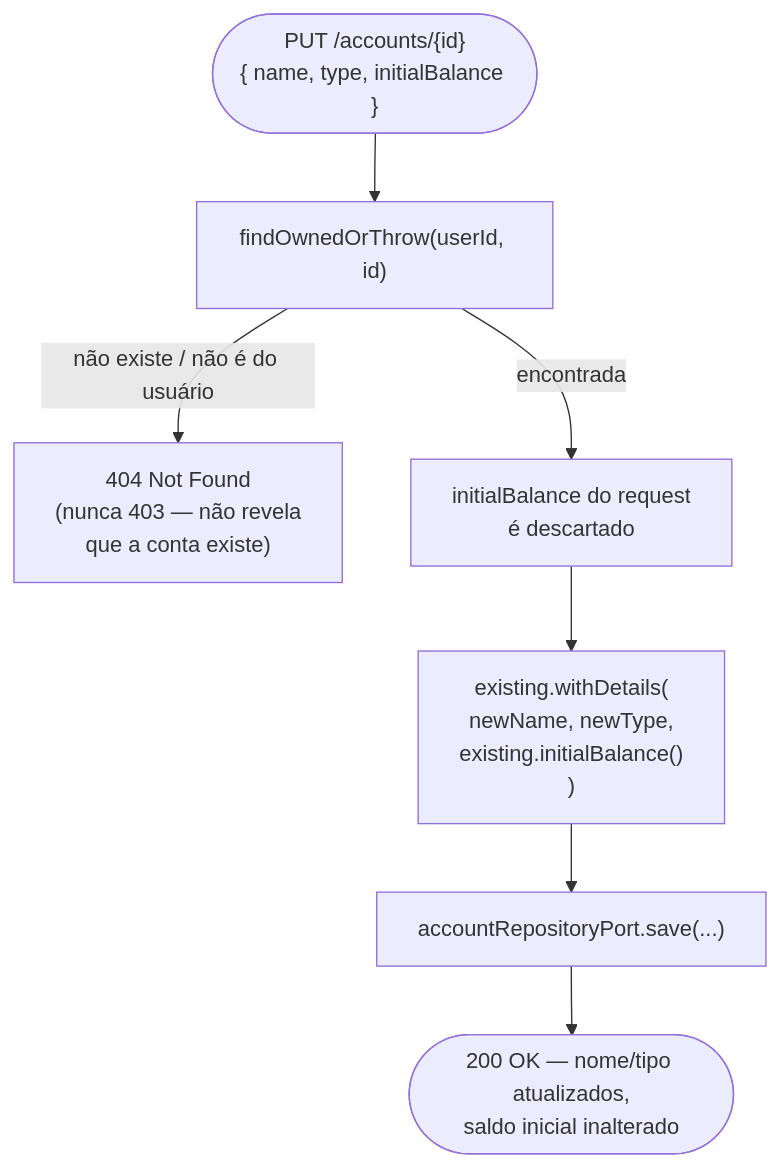
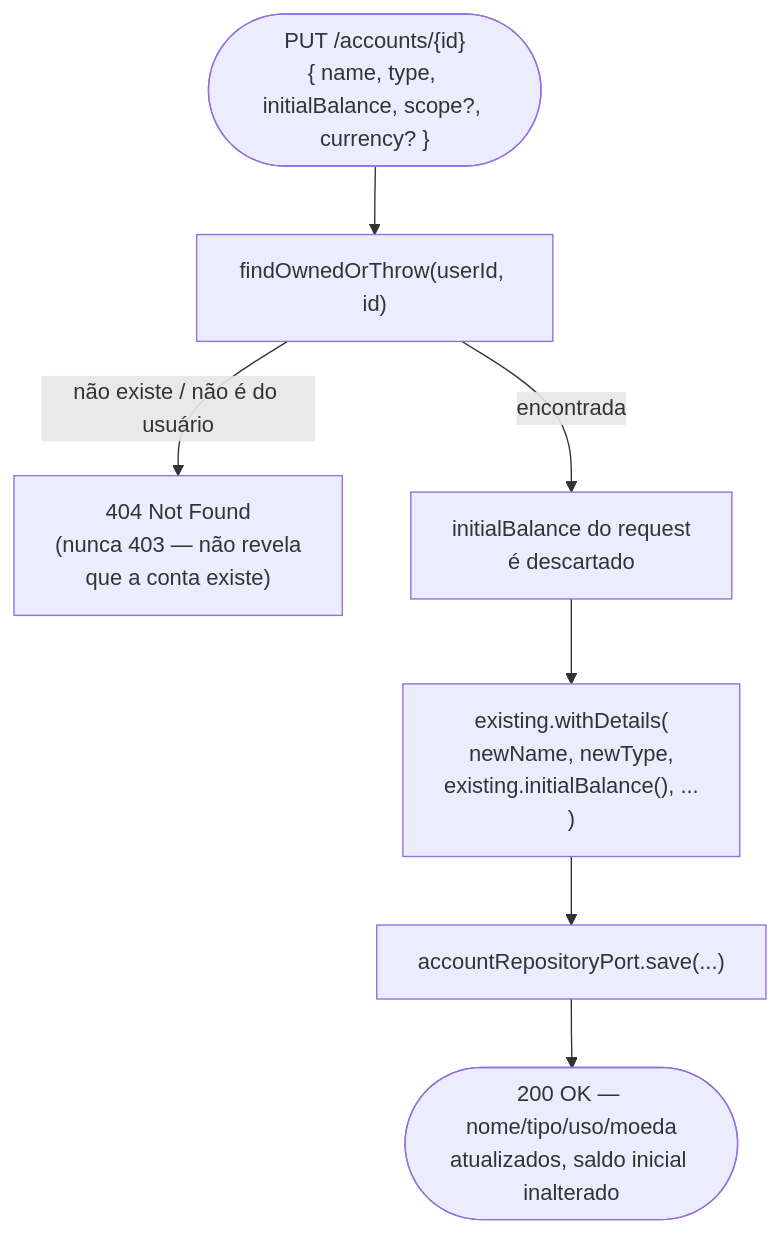
One commit to leozztto/LmfFinPro changed the third of 5 diagrams in docs/tecnica/fluxo-contas.md. Above: the diagram before and after it, drawn with Mermaid. The commit also changed other lines of this file and 44 other files, not shown here.

````diff
--- a/docs/tecnica/fluxo-contas.md
+++ b/docs/tecnica/fluxo-contas.md
@@ -114,9 +131,9 @@
 ```mermaid
 flowchart TD
-    Start(["PUT /accounts/{id}\n{ name, type, initialBalance }"]) --> Find["findOwnedOrThrow(userId, id)"]
+    Start(["PUT /accounts/{id}\n{ name, type, initialBalance, scope?, currency? }"]) --> Find["findOwnedOrThrow(userId, id)"]
     Find -- "não existe / não é do usuário" --> NotFound["404 Not Found\n(nunca 403 — não revela\nque a conta existe)"]
     Find -- "encontrada" --> Ignore["initialBalance do request\né descartado"]
-    Ignore --> Keep["existing.withDetails(\n  newName, newType,\n  existing.initialBalance()\n)"]
+    Ignore --> Keep["existing.withDetails(\n  newName, newType,\n  existing.initialBalance(), ...\n)"]
     Keep --> Save["accountRepositoryPort.save(...)"]
-    Save --> Done(["200 OK — nome/tipo atualizados,\nsaldo inicial inalterado"])
+    Save --> Done(["200 OK — nome/tipo/uso/moeda\natualizados, saldo inicial inalterado"])
 ```
````
